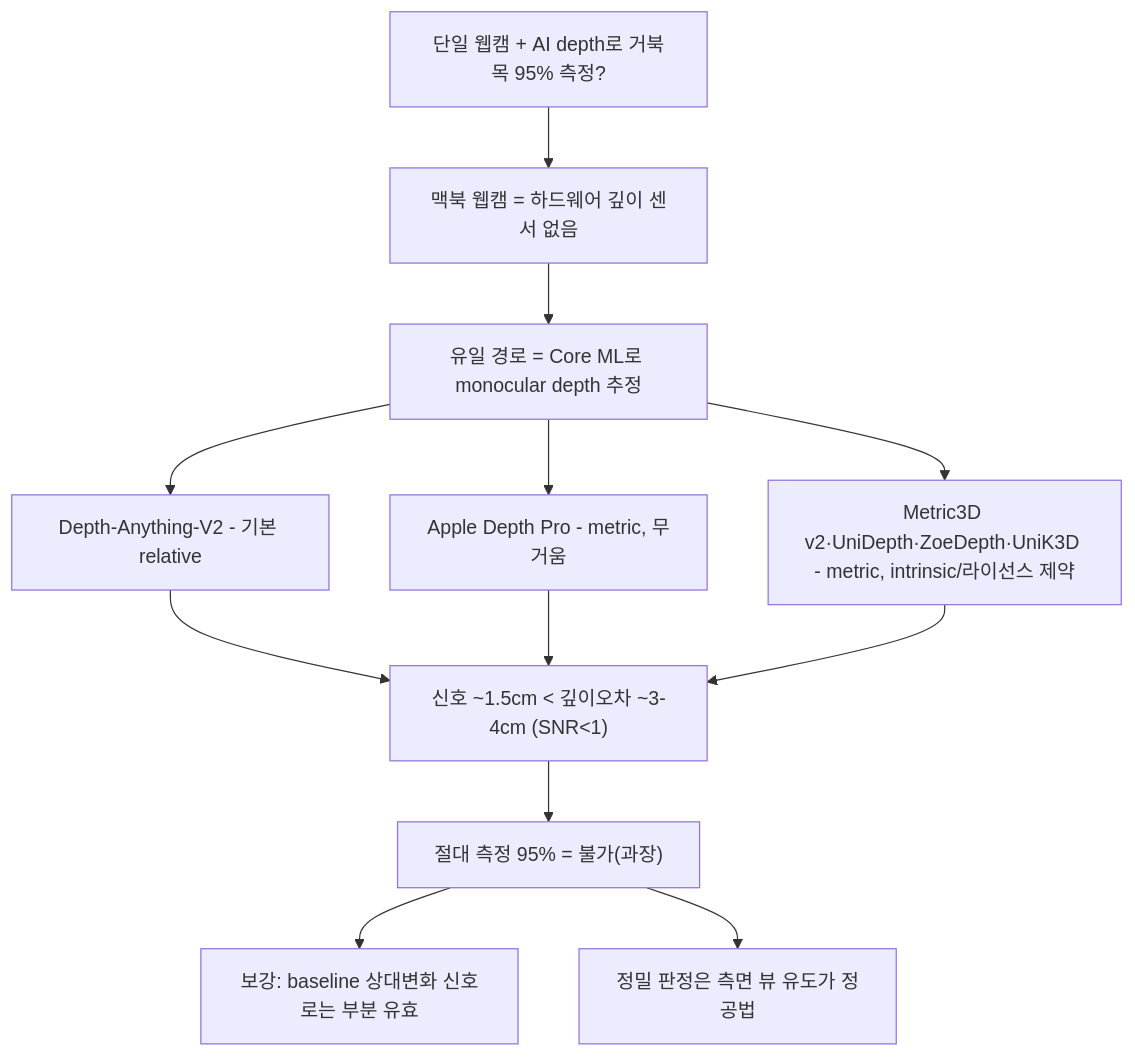
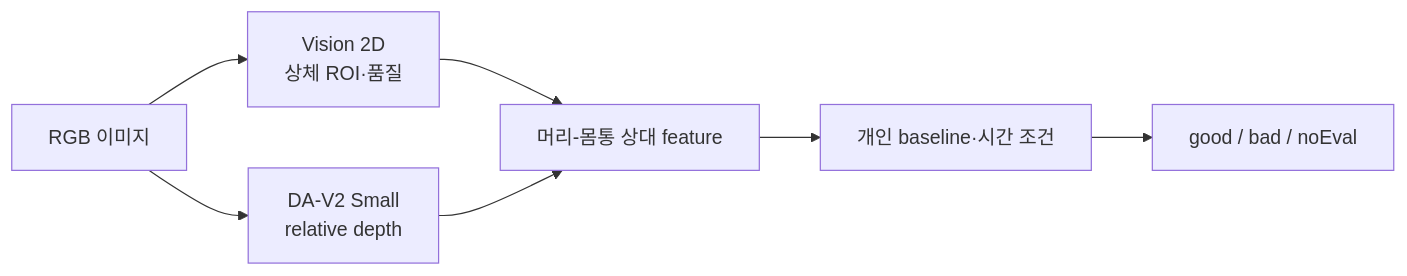
One commit to kimchanhyung98/turtlemeck changed the diagram in docs/depth-estimation/README.md. Above: the diagram before and after it, drawn with Mermaid. The commit also changed other lines of this file and 40 other files, not shown here.

````diff
--- a/docs/depth-estimation/README.md
+++ b/docs/depth-estimation/README.md
@@ -11,15 +27,9 @@
 ```mermaid
-flowchart TD
-    Q["단일 웹캠 + AI depth로 거북목 95% 측정?"]
-    Q --> HW["맥북 웹캠 = 하드웨어 깊이 센서 없음"]
-    HW --> ML["유일 경로 = Core ML로 monocular depth 추정"]
-    ML --> R["Depth-Anything-V2 - 기본 relative"]
-    ML --> P["Apple Depth Pro - metric, 무거움"]
-    ML --> M["Metric3D v2·UniDepth·ZoeDepth·UniK3D - metric, intrinsic/라이선스 제약"]
-    R --> S["신호 ~1.5cm < 깊이오차 ~3-4cm (SNR<1)"]
-    P --> S
-    M --> S
-    S --> C["절대 측정 95% = 불가(과장)"]
-    C --> B["보강: baseline 상대변화 신호로는 부분 유효"]
-    C --> V["정밀 판정은 측면 뷰 유도가 정공법"]
+flowchart LR
+    A["RGB 이미지"] --> B["Vision 2D<br/>상체 ROI·품질"]
+    A --> C["DA-V2 Small<br/>relative depth"]
+    B --> D["머리-몸통 상대 feature"]
+    C --> D
+    D --> E["개인 baseline·시간 조건"]
+    E --> F["good / bad / noEval"]
 ```
````
